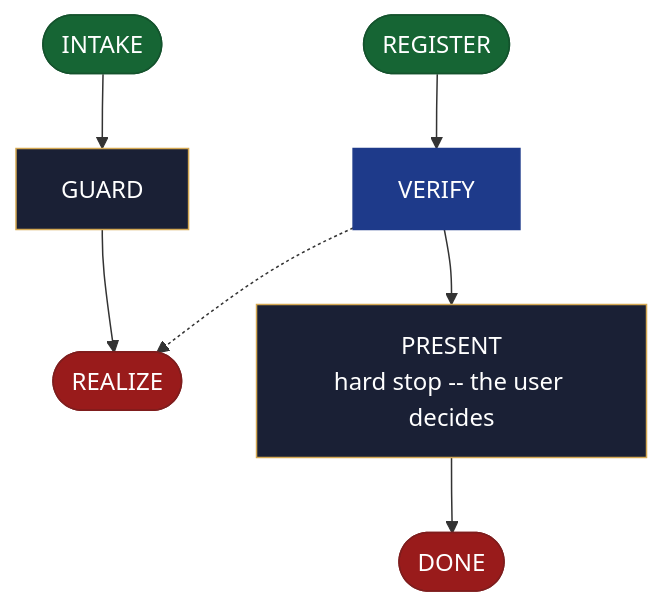
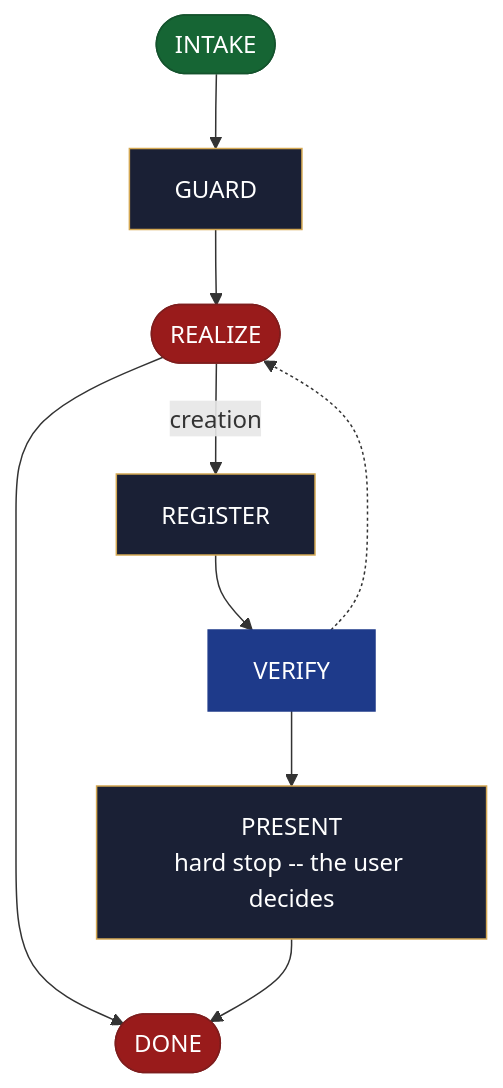
One commit to AndreVianna/aid-methodology changed the diagram in site/src/content/docs/skills/aid-create-backlog.md. Above: the diagram before and after it, drawn with Mermaid. The commit also changed other lines of this file and 16 other files, not shown here.

First line of the commit message:
task-372: fix round (fence-aware section end (backlog/roadmap REALIZE read their Advance); ASK+HALT merge only when joined by then; aid-define and aid-describe use the standard ASK then HALT form; site regenerated)

````diff
--- a/site/src/content/docs/skills/aid-create-backlog.md
+++ b/site/src/content/docs/skills/aid-create-backlog.md
@@ -20,36 +20,38 @@
 ```mermaid
 flowchart TB
   classDef aidNode color:#fff
   classDef aidEntry fill:#166534,stroke:#14532d,color:#fff
   classDef aidExit fill:#991b1b,stroke:#7f1d1d,color:#fff
   classDef aidDecision fill:#92400e,stroke:#78350f,color:#fff
   classDef aidLoopBack fill:#1e3a8a,stroke:#1e3a8a,color:#fff
   classDef aidStep fill:#1a2035,stroke:#d4a853,color:#f1f5f9
   n1(["INTAKE"])
   n2["GUARD"]
   n3(["REALIZE"])
-  n4(["REGISTER"])
+  n4["REGISTER"]
   n5["VERIFY"]
   n6["PRESENT<br/>hard stop -- the user decides"]
   n7(["DONE"])
   n1 --> n2
   n2 --> n3
+  n3 -->|"creation"| n4
+  n3 --> n7
   n4 --> n5
   n5 -.-> n3
   n5 --> n6
   n6 --> n7
   class n1 aidEntry
   class n2 aidStep
   class n3 aidExit
-  class n4 aidEntry
+  class n4 aidStep
   class n5 aidLoopBack
   class n6 aidStep
   class n7 aidExit
   class n1 aidNode
   class n2 aidNode
   class n3 aidNode
   class n4 aidNode
   class n5 aidNode
   class n6 aidNode
   class n7 aidNode
 ```
````
